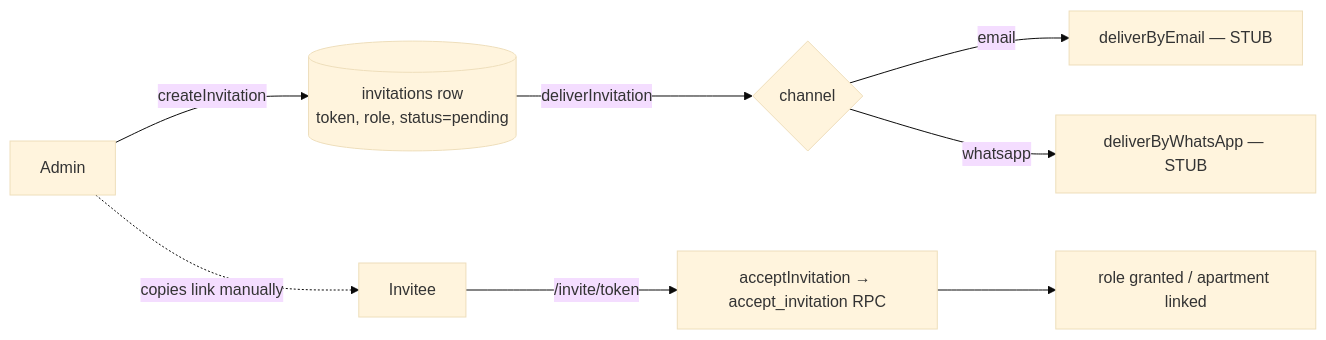
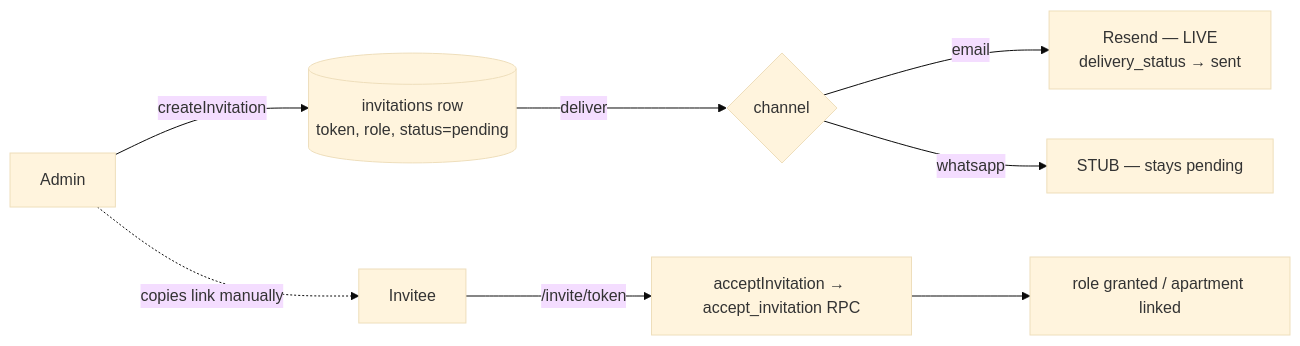
The diagram in content/features/invitations.mdx (Saken-Community-Management/saken-docs), drawn with Mermaid (base theme) before and after one commit. The commit also changed other lines of this file and 39 other files, not shown here.

````diff
--- a/content/features/invitations.mdx
+++ b/content/features/invitations.mdx
@@ -11,10 +21,10 @@
 ```mermaid
 flowchart LR
     A[Admin] -->|createInvitation| I[(invitations row<br/>token, role, status=pending)]
-    I -->|deliverInvitation| D{channel}
-    D -->|email| E["deliverByEmail — STUB"]
-    D -->|whatsapp| W["deliverByWhatsApp — STUB"]
+    I -->|deliver| D{channel}
+    D -->|email| E["Resend — LIVE<br/>delivery_status → sent"]
+    D -->|whatsapp| W["STUB — stays pending"]
     A -.copies link manually.-> Invitee
     Invitee -->|/invite/token| AC[acceptInvitation → accept_invitation RPC]
     AC --> R[role granted / apartment linked]
 ```
````
